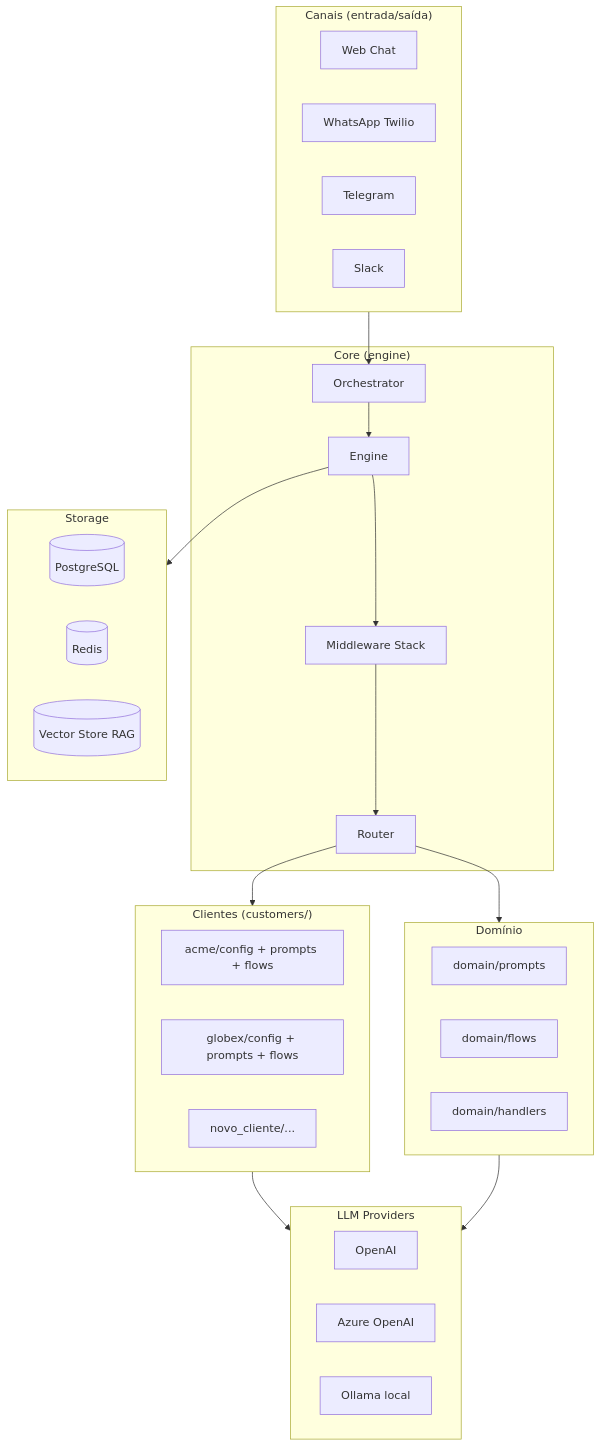
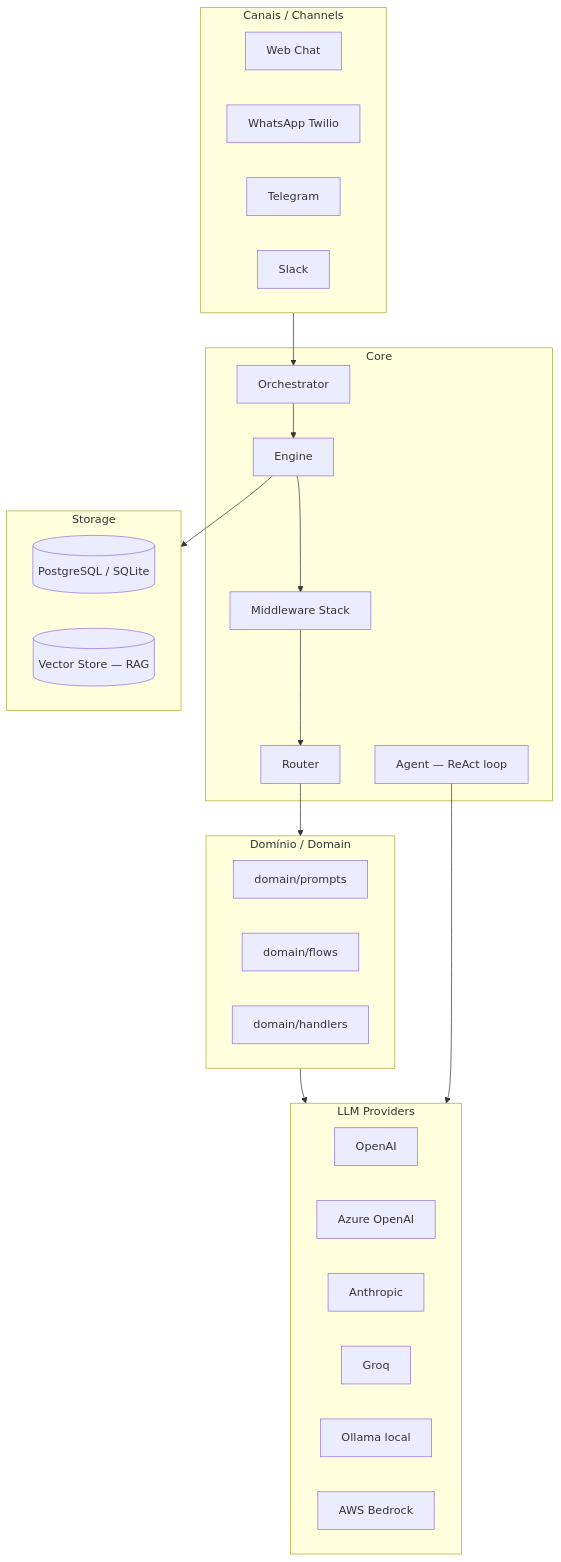
One commit to mpraes/multi_tenant_app changed the second of 2 diagrams in README.md. Above: the diagram before and after it, drawn with Mermaid. The commit also changed other lines of this file and 51 other files, not shown here.

````diff
--- a/README.md
+++ b/README.md
@@ -36,50 +36,46 @@
 ```mermaid
 graph TD
-    subgraph Canais["Canais (entrada/saída)"]
+    subgraph Canais["Canais / Channels"]
         WEB[Web Chat]
         WA[WhatsApp Twilio]
         TG[Telegram]
         SL[Slack]
     end
 
-    subgraph Core["Core (engine)"]
+    subgraph Core
         ORC[Orchestrator]
         ENG[Engine]
         MW[Middleware Stack]
         RT[Router]
+        AG[Agent — ReAct loop]
     end
 
-    subgraph Domínio["Domínio"]
+    subgraph Domínio["Domínio / Domain"]
         DOM_P[domain/prompts]
         DOM_F[domain/flows]
         DOM_H[domain/handlers]
     end
 
-    subgraph Clientes["Clientes (customers/)"]
-        ACME[acme/config + prompts + flows]
-        GLOBEX[globex/config + prompts + flows]
-        NEW[novo_cliente/...]
-    end
-
     subgraph LLM["LLM Providers"]
         OAI[OpenAI]
         AZ[Azure OpenAI]
+        ANT[Anthropic]
+        GRQ[Groq]
         OLL[Ollama local]
+        BED[AWS Bedrock]
     end
 
-    subgraph Storage["Storage"]
-        DB[(PostgreSQL)]
-        CACHE[(Redis)]
-        VEC[(Vector Store RAG)]
+    subgraph Storage
+        DB[(PostgreSQL / SQLite)]
+        VEC[(Vector Store — RAG)]
     end
 
     Canais --> ORC
     ORC --> ENG
     ENG --> MW
     MW --> RT
-    RT --> Clientes
     RT --> Domínio
-    Clientes --> LLM
     Domínio --> LLM
     ENG --> Storage
+    AG --> LLM
 ```
````
